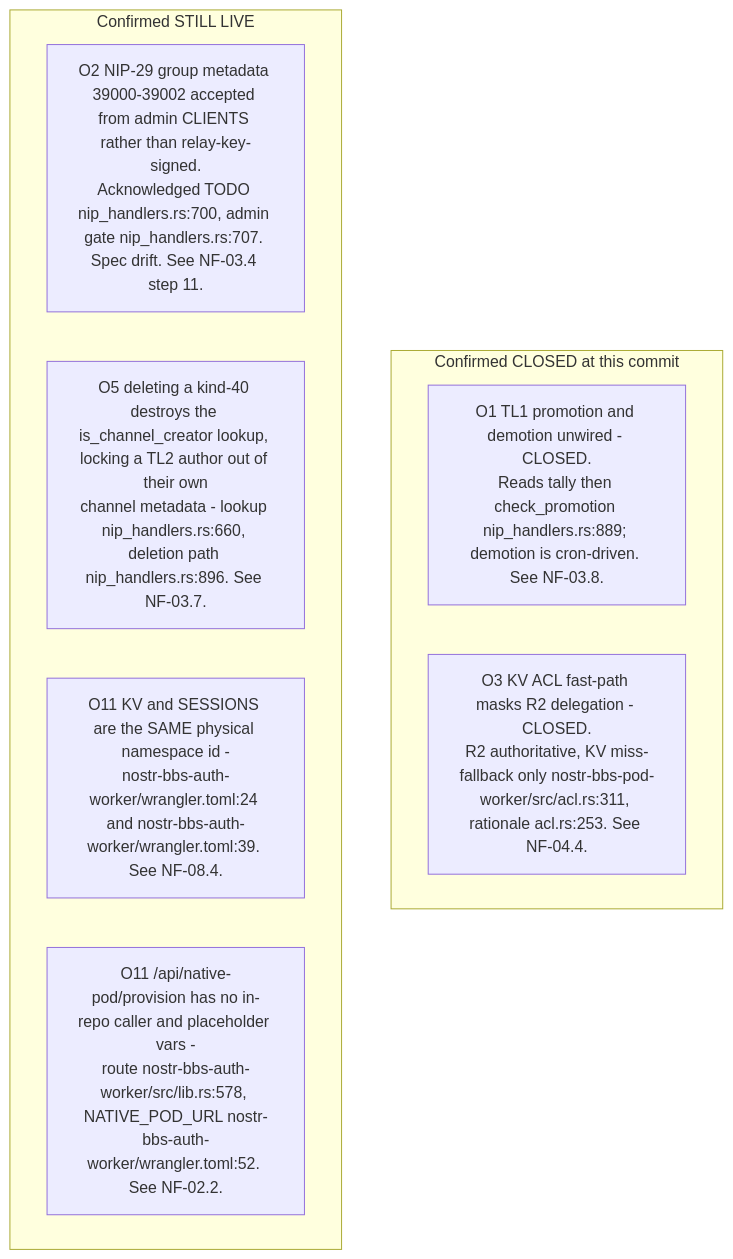
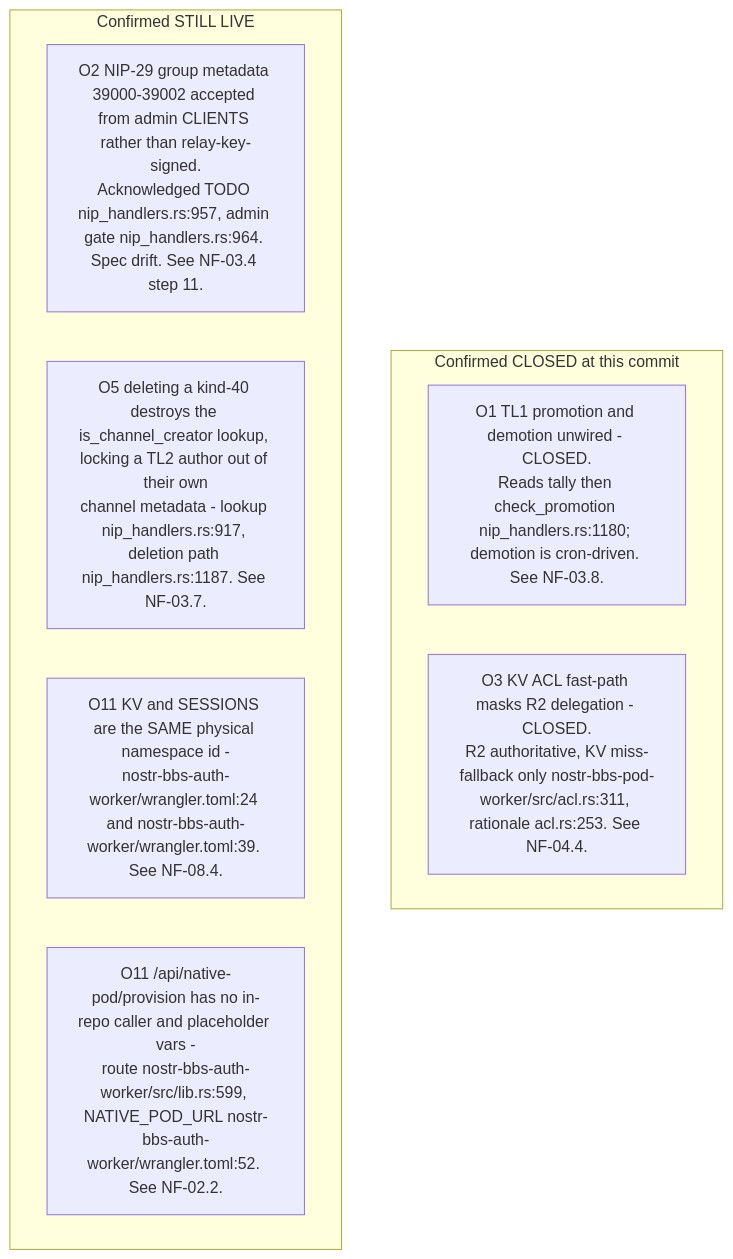
One commit to DreamLab-AI/VisionFlow changed the third of 11 diagrams in docs/diagrams/nostr-rust-forum/10-invariants-and-anomaly-register.md. Above: the diagram before and after it, drawn with Mermaid. The commit also changed other lines of this file and 11 other files, not shown here.

````diff
--- a/docs/diagrams/nostr-rust-forum/10-invariants-and-anomaly-register.md
+++ b/docs/diagrams/nostr-rust-forum/10-invariants-and-anomaly-register.md
@@ -89,13 +91,13 @@
 ```mermaid
 flowchart TB
     subgraph closed["Confirmed CLOSED at this commit"]
-        O1["O1 TL1 promotion and demotion unwired - CLOSED.<br/>Reads tally then check_promotion nip_handlers.rs:889; demotion is cron-driven. See NF-03.8."]
+        O1["O1 TL1 promotion and demotion unwired - CLOSED.<br/>Reads tally then check_promotion nip_handlers.rs:1180; demotion is cron-driven. See NF-03.8."]
         O3["O3 KV ACL fast-path masks R2 delegation - CLOSED.<br/>R2 authoritative, KV miss-fallback only nostr-bbs-pod-worker/src/acl.rs:311, rationale acl.rs:253. See NF-04.4."]
     end
     subgraph live["Confirmed STILL LIVE"]
-        O2["O2 NIP-29 group metadata 39000-39002 accepted from admin CLIENTS rather than relay-key-signed.<br/>Acknowledged TODO nip_handlers.rs:700, admin gate nip_handlers.rs:707. Spec drift. See NF-03.4 step 11."]
-        O5["O5 deleting a kind-40 destroys the is_channel_creator lookup, locking a TL2 author out of their own<br/>channel metadata - lookup nip_handlers.rs:660, deletion path nip_handlers.rs:896. See NF-03.7."]
+        O2["O2 NIP-29 group metadata 39000-39002 accepted from admin CLIENTS rather than relay-key-signed.<br/>Acknowledged TODO nip_handlers.rs:957, admin gate nip_handlers.rs:964. Spec drift. See NF-03.4 step 11."]
+        O5["O5 deleting a kind-40 destroys the is_channel_creator lookup, locking a TL2 author out of their own<br/>channel metadata - lookup nip_handlers.rs:917, deletion path nip_handlers.rs:1187. See NF-03.7."]
         O11a["O11 KV and SESSIONS are the SAME physical namespace id -<br/>nostr-bbs-auth-worker/wrangler.toml:24 and nostr-bbs-auth-worker/wrangler.toml:39. See NF-08.4."]
-        O11b["O11 /api/native-pod/provision has no in-repo caller and placeholder vars -<br/>route nostr-bbs-auth-worker/src/lib.rs:578, NATIVE_POD_URL nostr-bbs-auth-worker/wrangler.toml:52. See NF-02.2."]
+        O11b["O11 /api/native-pod/provision has no in-repo caller and placeholder vars -<br/>route nostr-bbs-auth-worker/src/lib.rs:599, NATIVE_POD_URL nostr-bbs-auth-worker/wrangler.toml:52. See NF-02.2."]
     end
 ```
````
